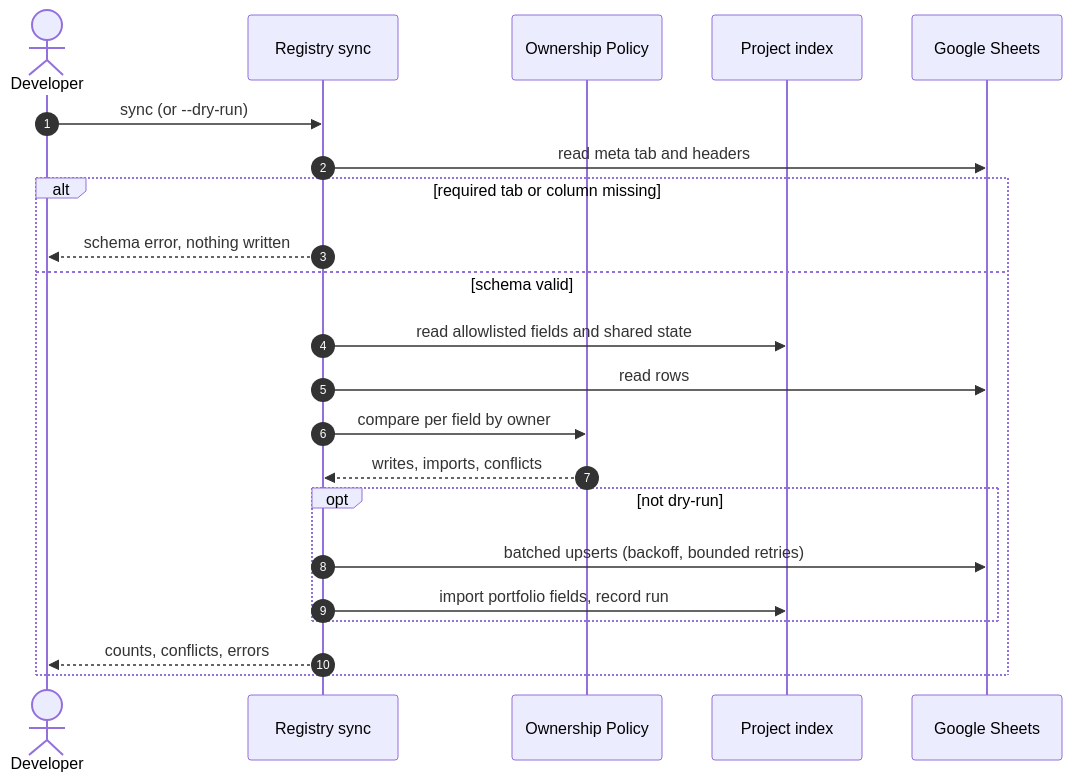
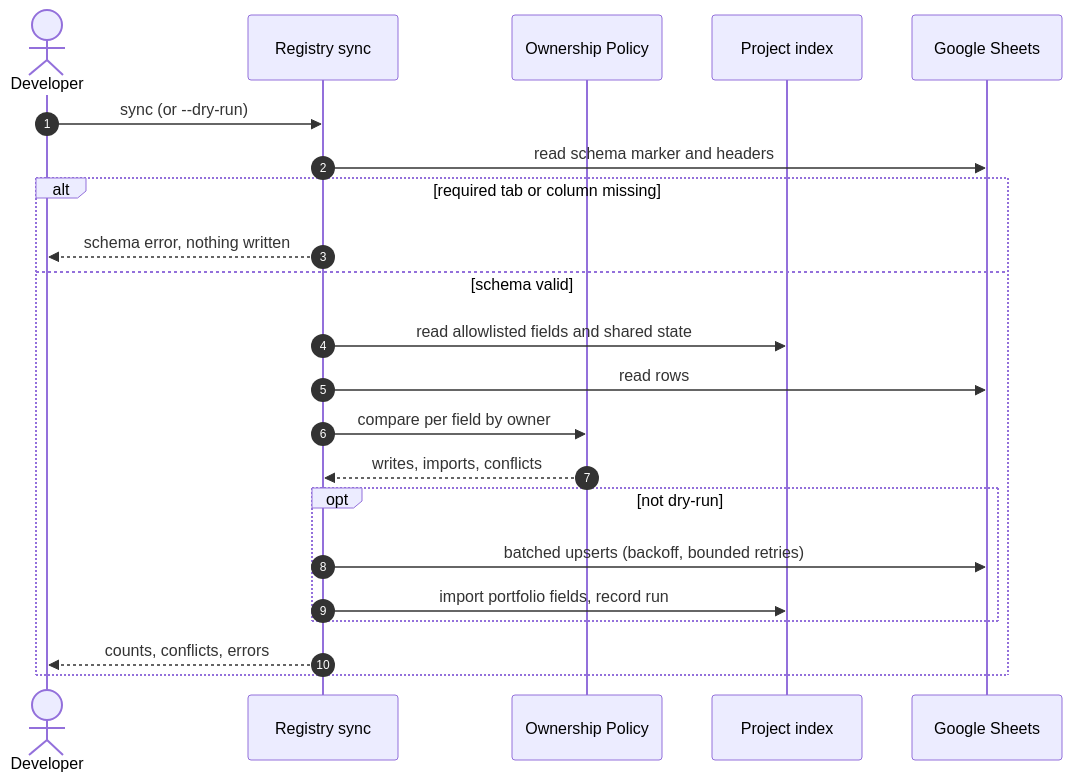
The second of 2 diagrams in docs/requirements/shared-registry/diagrams.md (NikhilVijayakumar/Vyasa), drawn with Mermaid before and after one commit. The commit also changed 16 other files, not shown here.

````diff
--- a/docs/requirements/shared-registry/diagrams.md
+++ b/docs/requirements/shared-registry/diagrams.md
@@ -21,24 +21,24 @@
 ```mermaid
 sequenceDiagram
   autonumber
   actor Dev as Developer
   participant Sync as Registry sync
   participant Own as Ownership Policy
   participant Db as Project index
   participant Gs as Google Sheets
   Dev->>Sync: sync (or --dry-run)
-  Sync->>Gs: read meta tab and headers
+  Sync->>Gs: read schema marker and headers
   alt required tab or column missing
     Sync-->>Dev: schema error, nothing written
   else schema valid
     Sync->>Db: read allowlisted fields and shared state
     Sync->>Gs: read rows
     Sync->>Own: compare per field by owner
     Own-->>Sync: writes, imports, conflicts
     opt not dry-run
       Sync->>Gs: batched upserts (backoff, bounded retries)
       Sync->>Db: import portfolio fields, record run
     end
     Sync-->>Dev: counts, conflicts, errors
   end
 ```
````
